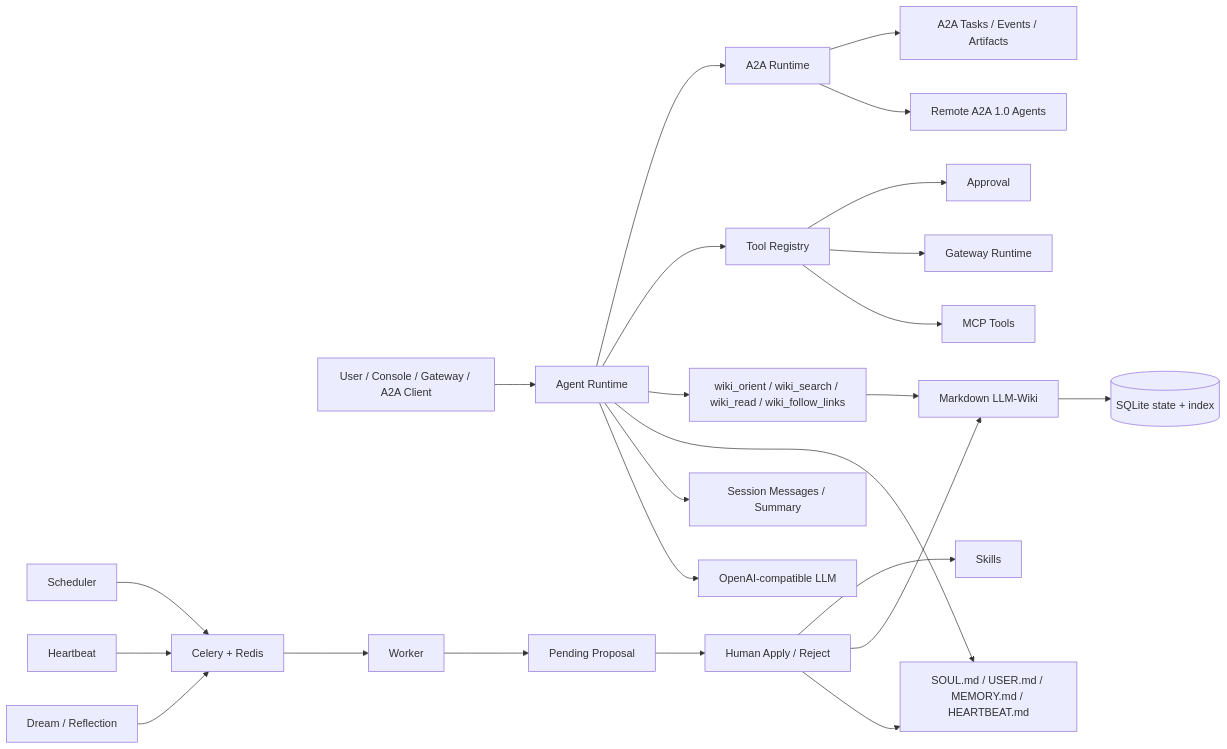
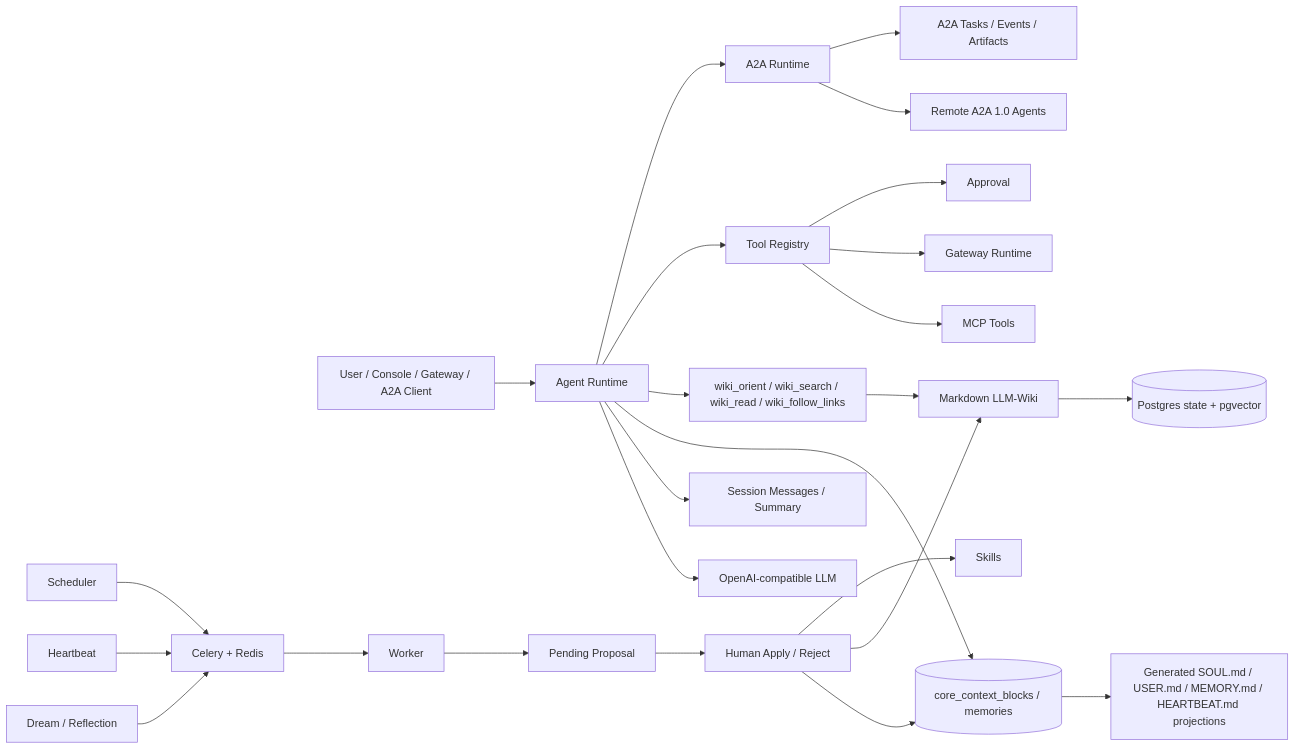
The diagram in README.en.md (LittleSongxx/SoulClaw), drawn with Mermaid before and after one commit. The commit also changed other lines of this file and 98 other files, not shown here.

Commit message:
Unify SoulClaw platform architecture

````diff
--- a/README.en.md
+++ b/README.en.md
@@ -18,26 +18,27 @@
 ```mermaid
 flowchart LR
     User[User / Console / Gateway / A2A Client] --> Agent[Agent Runtime]
     Agent --> LLM[OpenAI-compatible LLM]
     Agent --> Conv[Session Messages / Summary]
-    Agent --> Files[SOUL.md / USER.md / MEMORY.md / HEARTBEAT.md]
+    Agent --> Core[(core_context_blocks / memories)]
+    Core --> Files[Generated SOUL.md / USER.md / MEMORY.md / HEARTBEAT.md projections]
     Agent --> WikiTools[wiki_orient / wiki_search / wiki_read / wiki_follow_links]
     WikiTools --> Wiki[Markdown LLM-Wiki]
-    Wiki --> SQLite[(SQLite state + index)]
+    Wiki --> PG[(Postgres state + pgvector)]
     Agent --> Tools[Tool Registry]
     Tools --> MCP[MCP Tools]
     Tools --> Gateway[Gateway Runtime]
     Tools --> Approval[Approval]
     Agent --> A2A[A2A Runtime]
     A2A --> Remote[Remote A2A 1.0 Agents]
     A2A --> Artifacts[A2A Tasks / Events / Artifacts]
     Dream[Dream / Reflection] --> Queue[Celery + Redis]
     Heartbeat[Heartbeat] --> Queue
     Scheduler[Scheduler] --> Queue
     Queue --> Worker[Worker]
     Worker --> Proposal[Pending Proposal]
     Proposal --> Human[Human Apply / Reject]
-    Human --> Files
+    Human --> Core
     Human --> Wiki
     Human --> Skills
 ```
````
